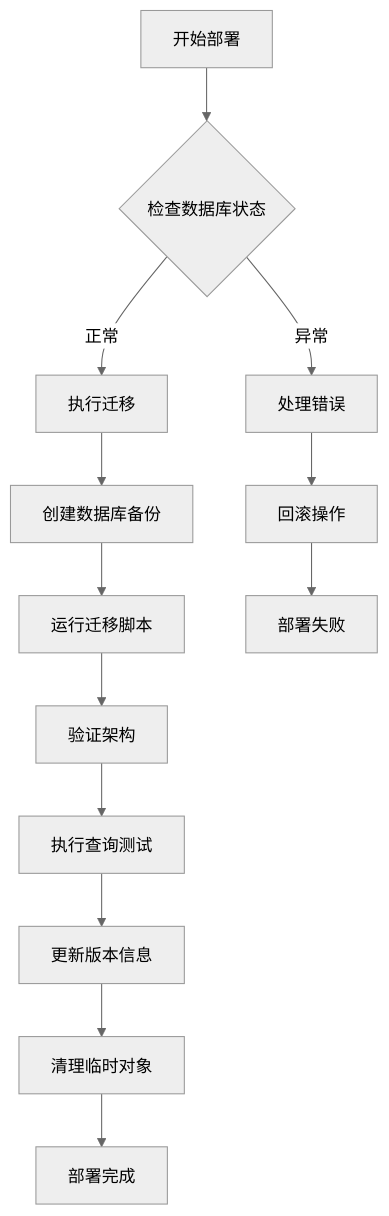
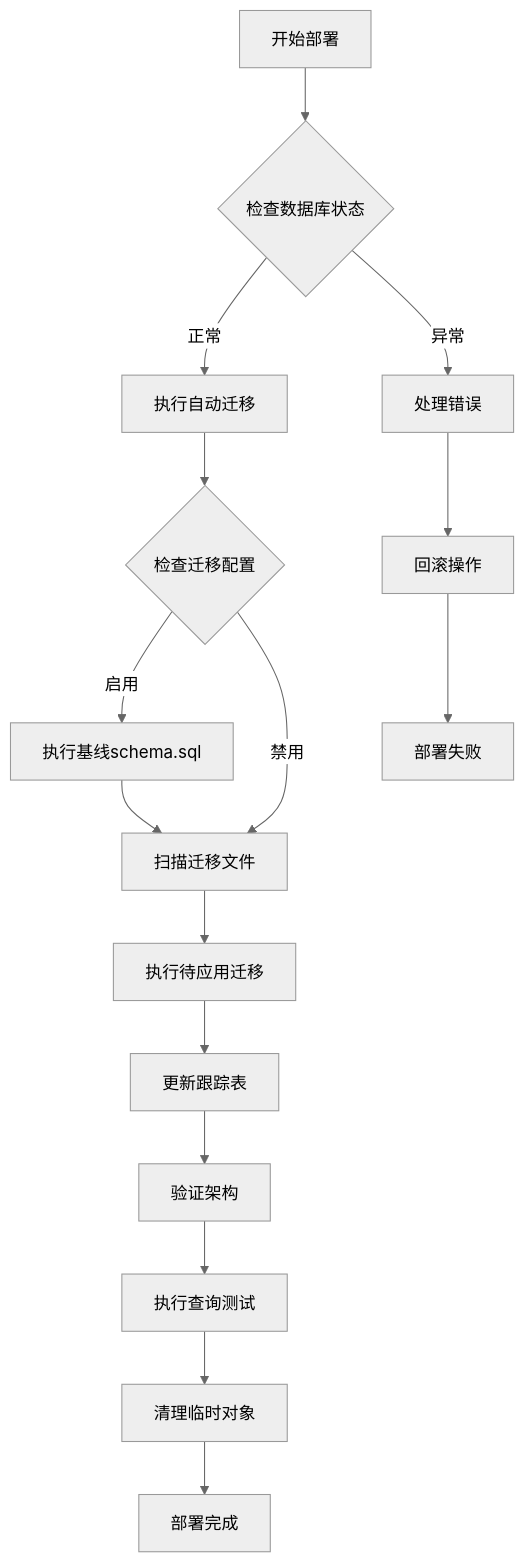
Before and after one commit to mcmrzy/cs_inv_monitor-develop: the eighth of 27 diagrams in .qoder/repowiki/zh/content/数据库设计/数据库迁移管理.md, drawn with Mermaid (neutral theme). The commit also changed other lines of this file and 28 other files, not shown here.

````diff
--- a/.qoder/repowiki/zh/content/数据库设计/数据库迁移管理.md
+++ b/.qoder/repowiki/zh/content/数据库设计/数据库迁移管理.md
@@ -299,15 +377,18 @@
 ```mermaid
 flowchart TD
 START[开始部署] --> CHECK_DB{检查数据库状态}
-CHECK_DB --> |正常| EXEC_MIGRATE[执行迁移]
+CHECK_DB --> |正常| EXEC_MIGRATE[执行自动迁移]
 CHECK_DB --> |异常| HANDLE_ERROR[处理错误]
-EXEC_MIGRATE --> BACKUP_DB[创建数据库备份]
-BACKUP_DB --> RUN_MIGRATION[运行迁移脚本]
-RUN_MIGRATION --> VALIDATE_SCHEMA[验证架构]
+EXEC_MIGRATE --> CHECK_CONFIG{检查迁移配置}
+CHECK_CONFIG --> |启用| RUN_BASELINE[执行基线schema.sql]
+CHECK_CONFIG --> |禁用| SCAN_FILES[扫描迁移文件]
+RUN_BASELINE --> SCAN_FILES
+SCAN_FILES --> EXECUTE_PENDING[执行待应用迁移]
+EXECUTE_PENDING --> UPDATE_TRACKING[更新跟踪表]
+UPDATE_TRACKING --> VALIDATE_SCHEMA[验证架构]
 VALIDATE_SCHEMA --> TEST_QUERIES[执行查询测试]
-TEST_QUERIES --> UPDATE_VERSION[更新版本信息]
-UPDATE_VERSION --> CLEANUP[清理临时对象]
+TEST_QUERIES --> CLEANUP[清理临时对象]
 CLEANUP --> END[部署完成]
 HANDLE_ERROR --> ROLLBACK[回滚操作]
 ROLLBACK --> END_ERROR[部署失败]
 ```
````
